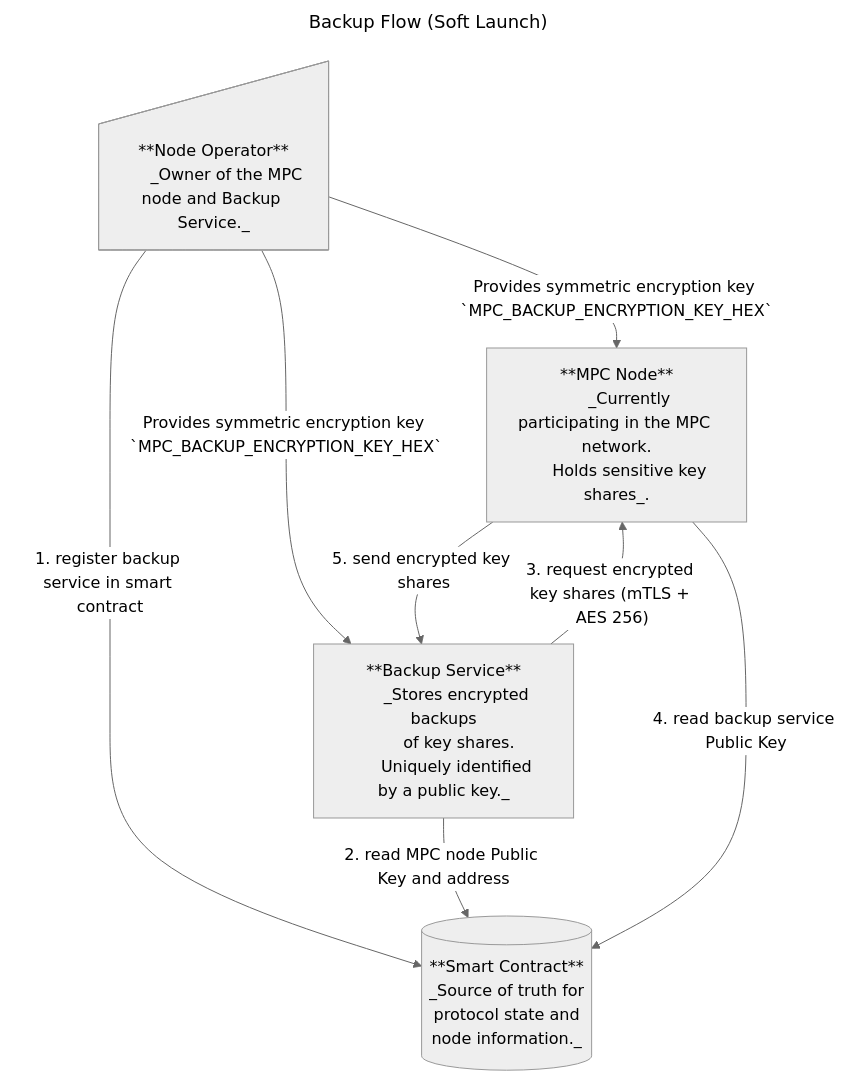
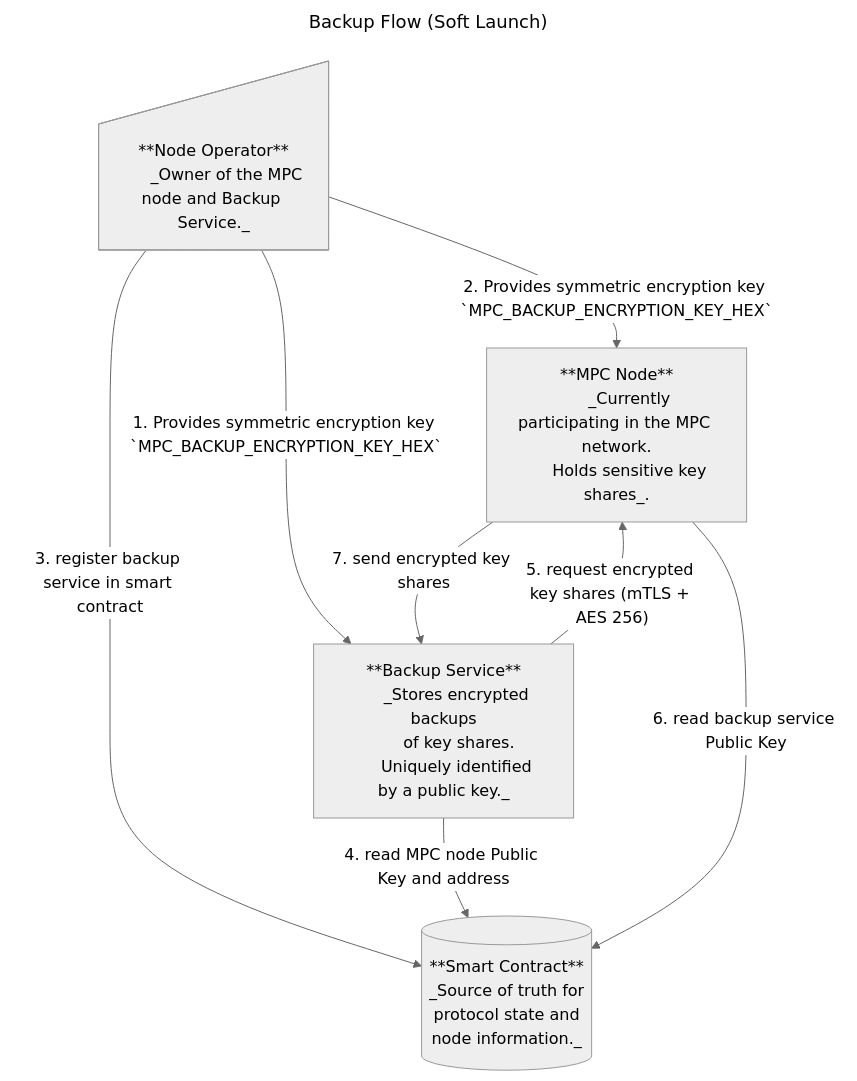
The first of 4 diagrams in docs/migration-service.md (near/mpc), drawn with Mermaid (neutral theme) before and after one commit.

Commit message:
Update docs/migration-service.md
Fix the migration diagram

````diff
--- a/docs/migration-service.md
+++ b/docs/migration-service.md
@@ -71,42 +71,42 @@
 ```mermaid
 ---
 title: Backup Flow (Soft Launch)
 ---
 flowchart TD
     SC("
       **Smart Contract**
       _Source of truth for
       protocol state and
       node information._
     ");
 
     MPC("
       **MPC Node**
       _Currently participating in the MPC network.
       Holds sensitive key shares_.
     ");
 
     BS("
       **Backup Service**
       _Stores encrypted backups
       of key shares.
       Uniquely identified by a public key._
     ");
 
     NO("
       **Node Operator**
       _Owner of the MPC node and Backup Service._
     ");
     
-    NO -->|"Provides symmetric encryption key `MPC_BACKUP_ENCRYPTION_KEY_HEX`"| BS;
-    NO -->|"Provides symmetric encryption key `MPC_BACKUP_ENCRYPTION_KEY_HEX`"| MPC;
-    NO -->|"1. register backup service in smart contract"| SC;
-    BS -->|"2. read MPC node Public Key and address"| SC;
-    BS --> |"3. request encrypted key shares (mTLS + AES 256)"| MPC;
-    MPC -->|"4. read backup service Public Key"| SC;
-    MPC -->|"5. send encrypted key shares"| BS;
+    NO -->|"1. Provides symmetric encryption key `MPC_BACKUP_ENCRYPTION_KEY_HEX`"| BS;
+    NO -->|"2. Provides symmetric encryption key `MPC_BACKUP_ENCRYPTION_KEY_HEX`"| MPC;
+    NO -->|"3. register backup service in smart contract"| SC;
+    BS -->|"4. read MPC node Public Key and address"| SC;
+    BS --> |"5. request encrypted key shares (mTLS + AES 256)"| MPC;
+    MPC -->|"6. read backup service Public Key"| SC;
+    MPC -->|"7. send encrypted key shares"| BS;
     NO@{ shape: manual-input}
     SC@{ shape: db}
     BS@{ shape: proc}
     MPC@{ shape: proc}
 ```
````
